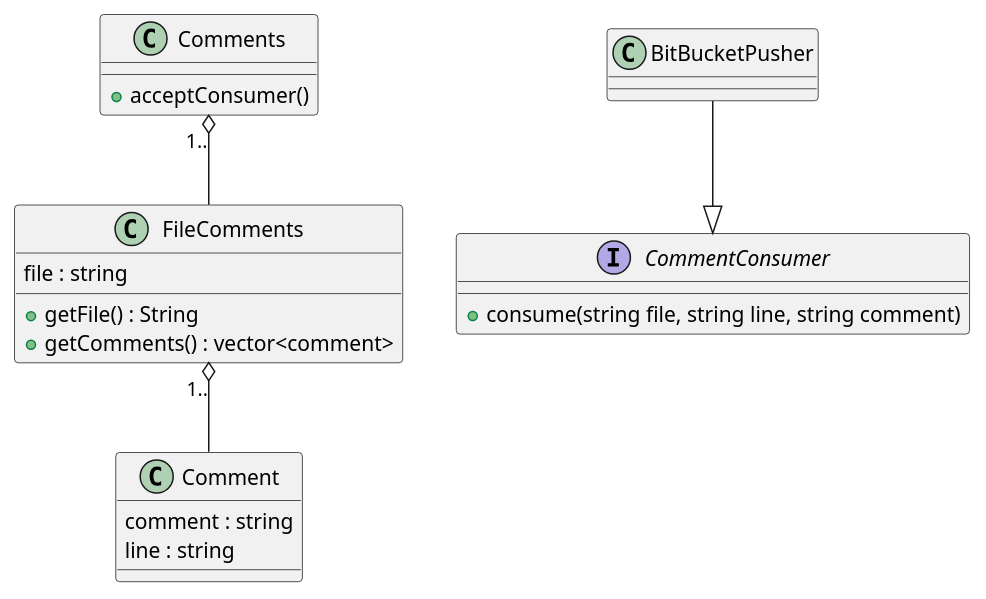
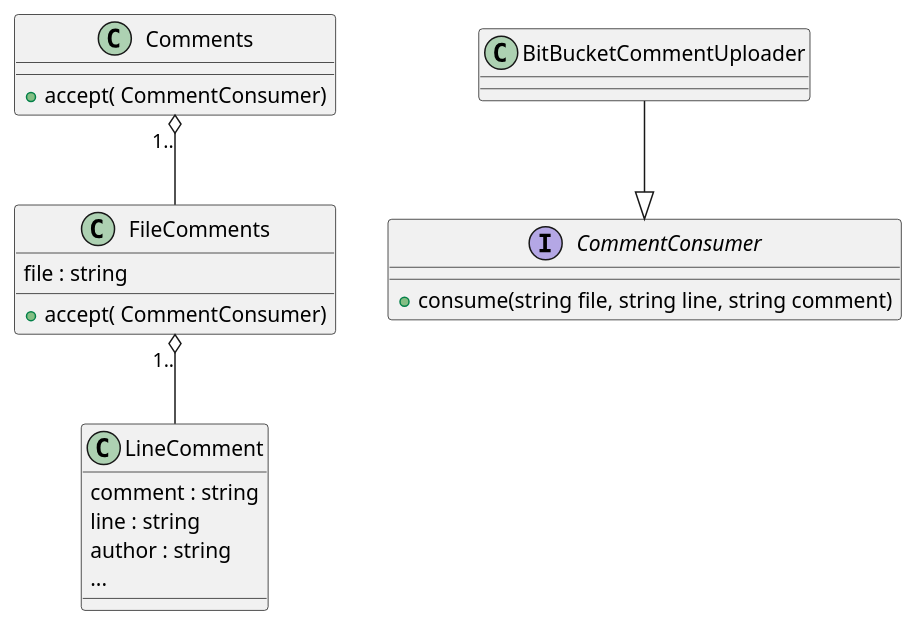
Before and after one commit to TNG/mustard-cli: the diagram in doc/changes.puml, drawn with PlantUML. The commit also changed 6 other files, not shown here.

```diff
--- a/doc/changes.puml
+++ b/doc/changes.puml
@@ -1,28 +1,29 @@
 @startuml
 class FileComments {
 file : string
-+getFile() : String
-+getComments() : vector<comment>
++ accept( CommentConsumer)
 }
 
 class Comments {
-+ acceptConsumer()
++ accept( CommentConsumer)
 }
 
 Comments "1.." o-- FileComments
 
-class Comment {
+class LineComment {
 comment : string
 line : string
+author : string
+...
 }
 
 interface CommentConsumer{
 +consume(string file, string line, string comment)
 }
 
-class BitBucketPusher{
+class BitBucketCommentUploader{
 }
-BitBucketPusher --|> CommentConsumer
+BitBucketCommentUploader --|> CommentConsumer
 
-FileComments "1.." o-- Comment
+FileComments "1.." o-- LineComment
 @enduml
```
